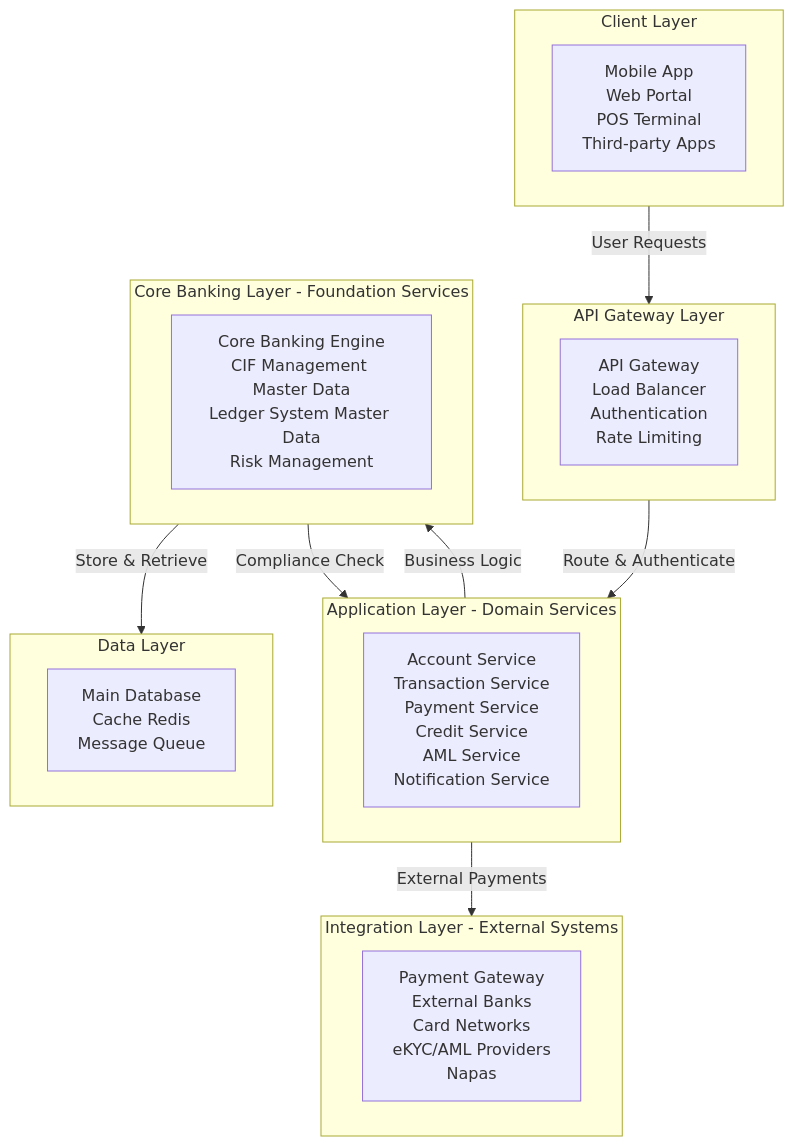
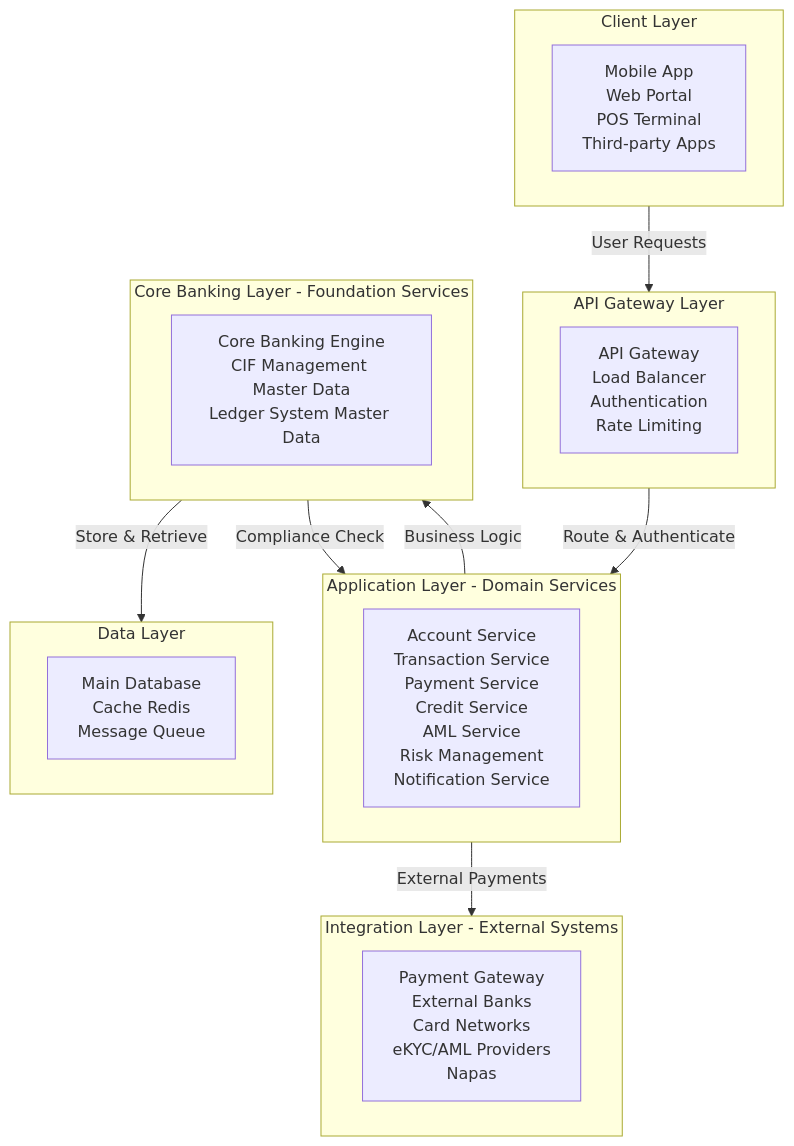
One commit to PhuMBT/eWallet_CBS changed the first of 5 diagrams in docs/cbs-sdk-finance/02-architecture.md. Above: the diagram before and after it, drawn with Mermaid. The commit also changed other lines of this file, not shown here.

First line of the commit message:
refactor(architecture): Move Risk Management to Application Layer

````diff
--- a/docs/cbs-sdk-finance/02-architecture.md
+++ b/docs/cbs-sdk-finance/02-architecture.md
@@ -14,33 +14,33 @@
 ```mermaid
 graph TB
     subgraph CL["Client Layer"]
         CL1[Mobile App<br/>Web Portal<br/>POS Terminal<br/>Third-party Apps]
     end
     
     subgraph GW["API Gateway Layer"]
         GW1[API Gateway<br/>Load Balancer<br/>Authentication<br/>Rate Limiting]
     end
     
     subgraph APP["Application Layer - Domain Services"]
-        APP1[Account Service<br/>Transaction Service<br/>Payment Service<br/>Credit Service<br/>AML Service<br/>Notification Service]
+        APP1[Account Service<br/>Transaction Service<br/>Payment Service<br/>Credit Service<br/>AML Service<br/>Risk Management<br/>Notification Service]
     end
     
     subgraph CORE["Core Banking Layer - Foundation Services"]
-        CORE1[Core Banking Engine<br/>CIF Management Master Data<br/>Ledger System Master Data<br/>Risk Management]
+        CORE1[Core Banking Engine<br/>CIF Management Master Data<br/>Ledger System Master Data]
     end
     
     subgraph DATA["Data Layer"]
         DATA1[Main Database<br/>Cache Redis<br/>Message Queue]
     end
     
     subgraph INT["Integration Layer - External Systems"]
         INT1[Payment Gateway<br/>External Banks<br/>Card Networks<br/>eKYC/AML Providers<br/>Napas]
     end
     
     CL -->|User Requests| GW
     GW -->|Route & Authenticate| APP
     APP -->|Business Logic| CORE
     CORE -->|Store & Retrieve| DATA
     APP -->|External Payments| INT
     CORE -->|Compliance Check| APP
 ```
````
